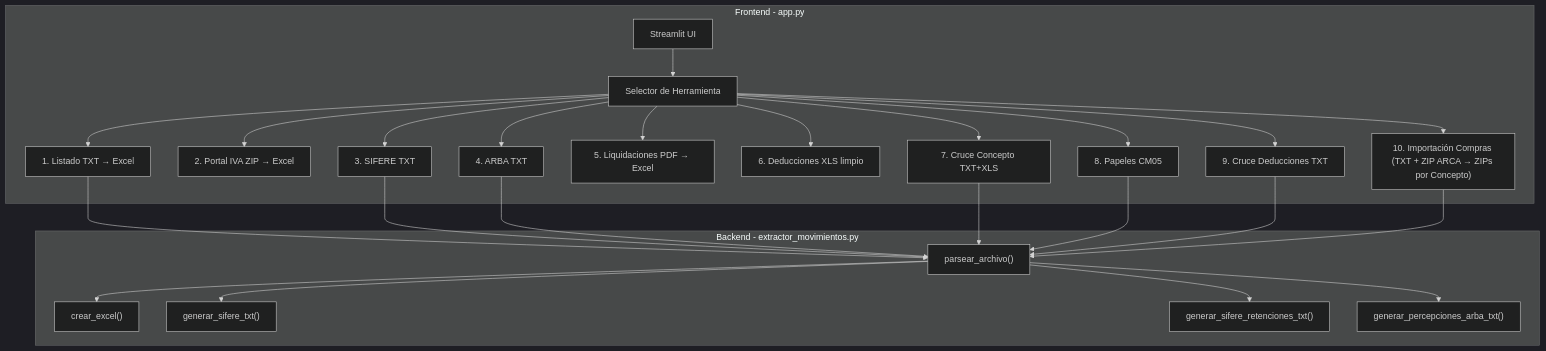
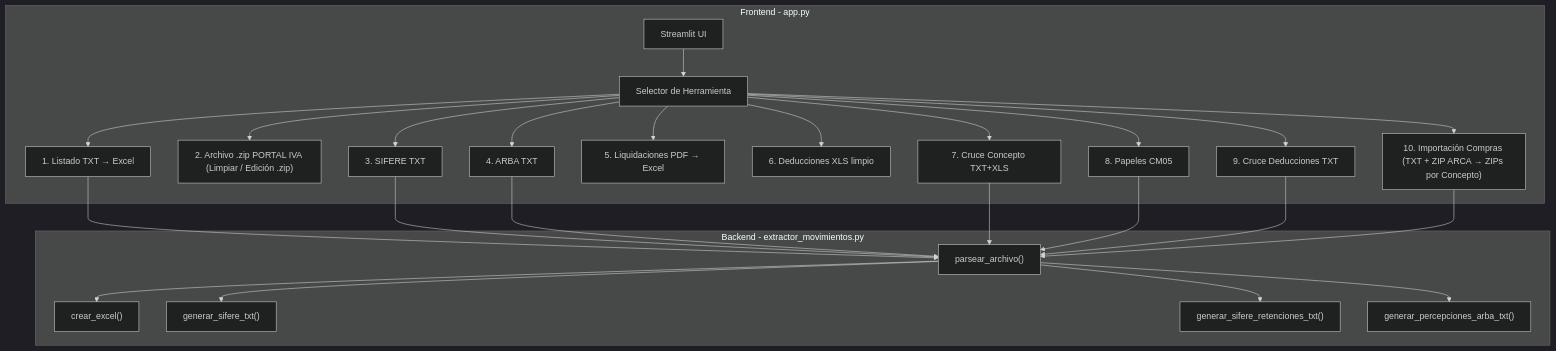
One commit to capano-andres/movimientos-a-excel changed the first of 4 diagrams in DOCUMENTACION.md. Above: the diagram before and after it, drawn with Mermaid (dark theme). The commit also changed other lines of this file and 2 other files, not shown here.

````diff
--- a/DOCUMENTACION.md
+++ b/DOCUMENTACION.md
@@ -51,31 +51,31 @@
 ```mermaid
 graph TD
     subgraph "Frontend - app.py"
         A[Streamlit UI] --> B[Selector de Herramienta]
         B --> H1["1. Listado TXT → Excel"]
-        B --> H2["2. Portal IVA ZIP → Excel"]
+        B --> H2["2. Archivo .zip PORTAL IVA (Limpiar / Edición .zip)"]
         B --> H3["3. SIFERE TXT"]
         B --> H4["4. ARBA TXT"]
         B --> H5["5. Liquidaciones PDF → Excel"]
         B --> H6["6. Deducciones XLS limpio"]
         B --> H7["7. Cruce Concepto TXT+XLS"]
         B --> H8["8. Papeles CM05"]
         B --> H9["9. Cruce Deducciones TXT"]
         B --> H10["10. Importación Compras (TXT + ZIP ARCA → ZIPs por Concepto)"]
     end
 
     subgraph "Backend - extractor_movimientos.py"
         P["parsear_archivo()"] --> C["crear_excel()"]
         P --> S1["generar_sifere_txt()"]
         P --> S2["generar_sifere_retenciones_txt()"]
         P --> S3["generar_percepciones_arba_txt()"]
     end
 
     H1 --> P
     H3 --> P
     H4 --> P
     H7 --> P
     H8 --> P
     H9 --> P
     H10 --> P
 ```
````
